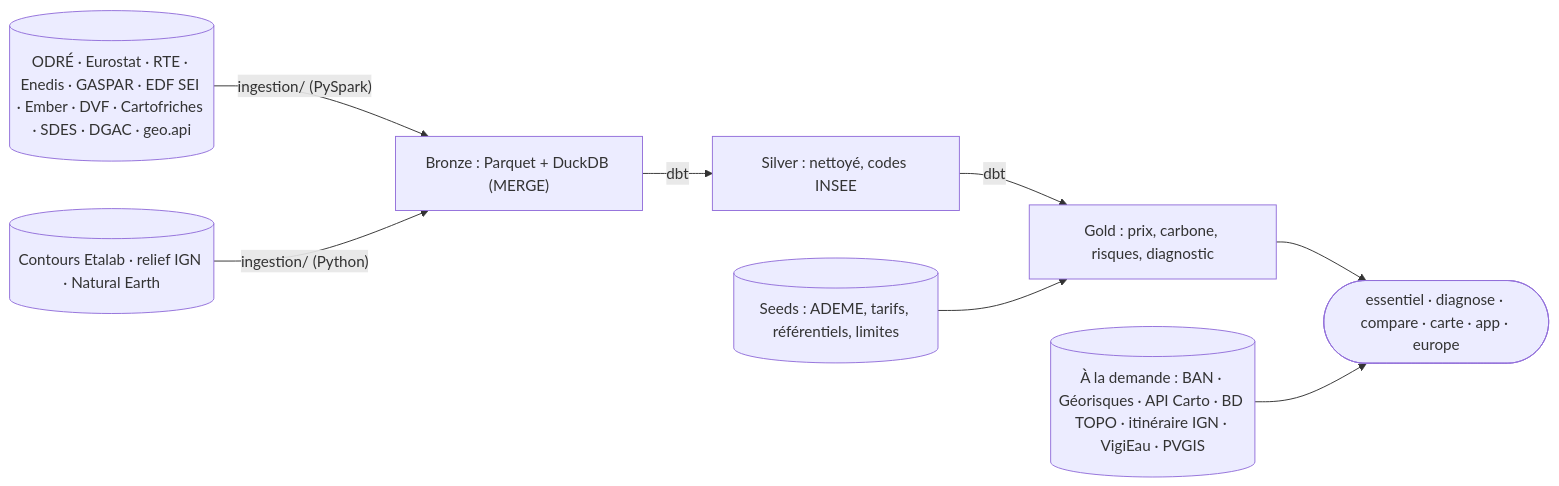
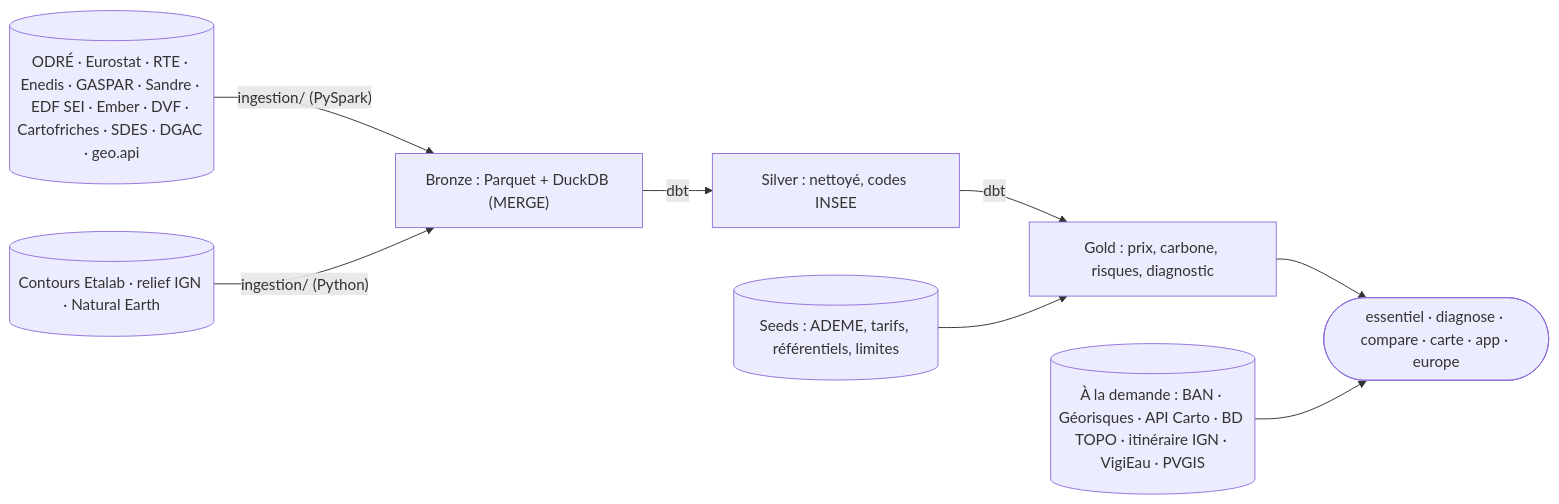
Before and after one commit to Elias-Ouafi/ou-brancher-mon-entreprise: the diagram in README.md, drawn with Mermaid. The commit also changed other lines of this file and 16 other files, not shown here.

````diff
--- a/README.md
+++ b/README.md
@@ -230,10 +230,10 @@
 ```mermaid
 flowchart LR
-    SRC[("ODRÉ · Eurostat · RTE · Enedis · GASPAR · EDF SEI · Ember · DVF · Cartofriches · SDES · DGAC · geo.api")] -->|"ingestion/ (PySpark)"| B["Bronze : Parquet + DuckDB (MERGE)"]
+    SRC[("ODRÉ · Eurostat · RTE · Enedis · GASPAR · Sandre · EDF SEI · Ember · DVF · Cartofriches · SDES · DGAC · geo.api")] -->|"ingestion/ (PySpark)"| B["Bronze : Parquet + DuckDB (MERGE)"]
     B -->|dbt| S["Silver : nettoyé, codes INSEE"]
     S -->|dbt| G["Gold : prix, carbone, risques, diagnostic"]
     SEEDS[("Seeds : ADEME, tarifs, référentiels, limites")] --> G
     GEO[("Contours Etalab · relief IGN · Natural Earth")] -->|"ingestion/ (Python)"| B
     G --> CLI(["essentiel · diagnose · compare · carte · app · europe"])
     BAN[("À la demande : BAN · Géorisques · API Carto · BD TOPO · itinéraire IGN · VigiEau · PVGIS")] --> CLI
 ```
````
